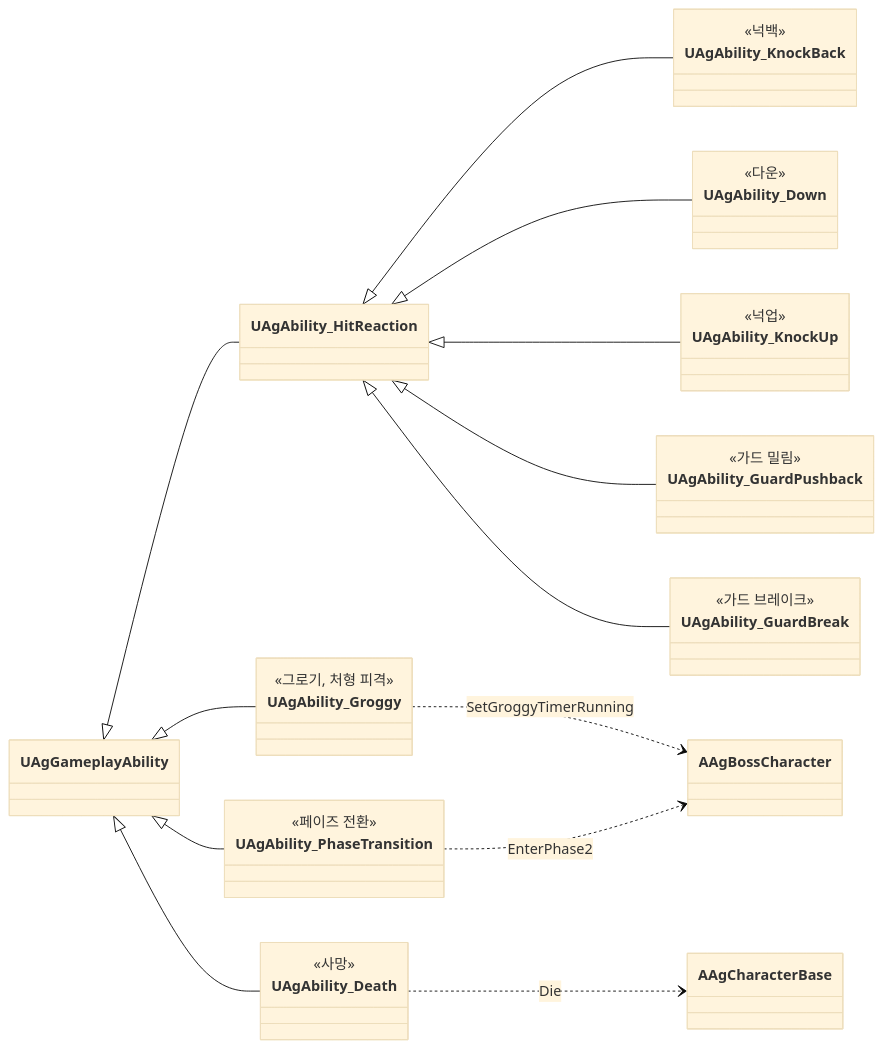
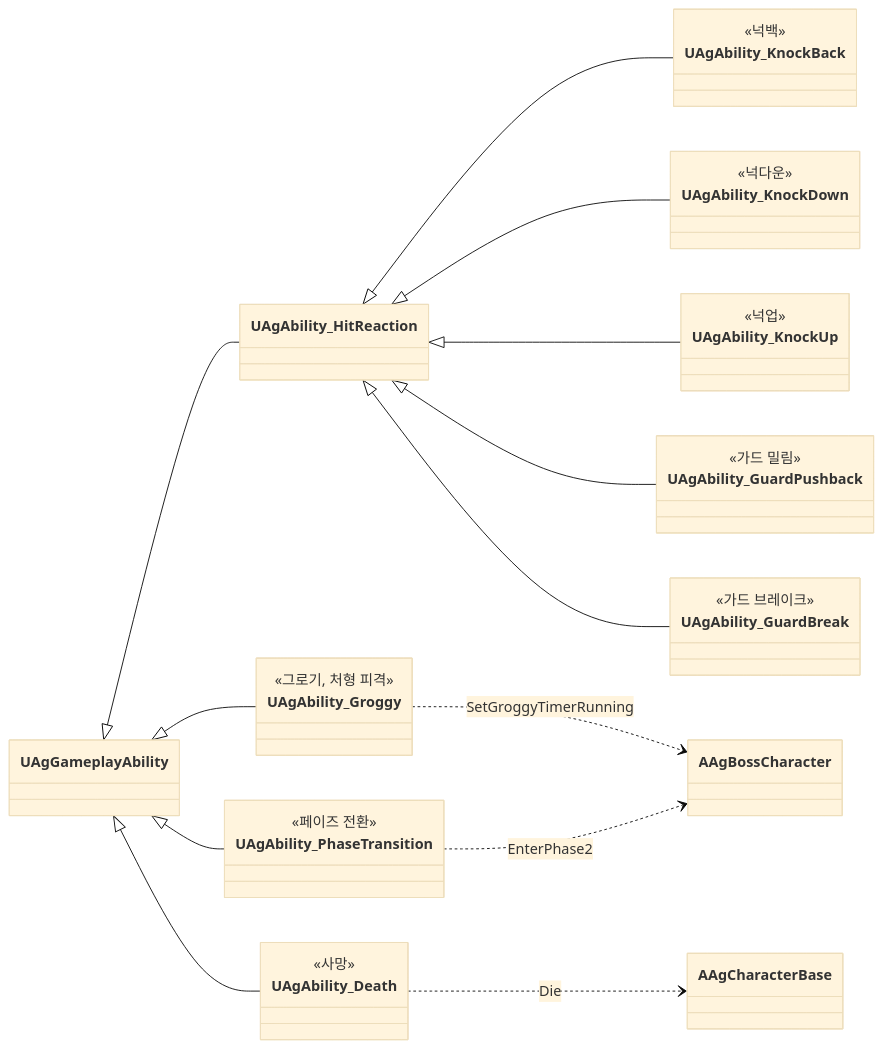
The fifth of 19 diagrams in Docs/Program/클래스 구조도.md (Woogl/Ag), drawn with Mermaid (base theme) before and after one commit. The commit also changed other lines of this file and 36 other files, not shown here.

First line of the commit message:
구현: 피격 반응 '다운'을 '넉다운'(KnockDown)으로, 섬광 영문 표기를 Telegraph로 (용어집, 전투 시스템, 플레이어 사양, 플레이어 입력, 보스 사양, 카메라, 구현 계획서, 데이터 위치표, 클래스 구조도)

````diff
--- a/Docs/Program/클래스 구조도.md
+++ b/Docs/Program/클래스 구조도.md
@@ -187,41 +187,41 @@
 ```mermaid
 classDiagram
     direction LR
     class UAgAbility_KnockBack {
         <<넉백>>
     }
-    class UAgAbility_Down {
-        <<다운>>
+    class UAgAbility_KnockDown {
+        <<넉다운>>
     }
     class UAgAbility_KnockUp {
         <<넉업>>
     }
     class UAgAbility_GuardPushback {
         <<가드 밀림>>
     }
     class UAgAbility_GuardBreak {
         <<가드 브레이크>>
     }
     class UAgAbility_Groggy {
         <<그로기, 처형 피격>>
     }
     class UAgAbility_PhaseTransition {
         <<페이즈 전환>>
     }
     class UAgAbility_Death {
         <<사망>>
     }
     UAgGameplayAbility <|-- UAgAbility_HitReaction
     UAgAbility_HitReaction <|-- UAgAbility_KnockBack
-    UAgAbility_HitReaction <|-- UAgAbility_Down
+    UAgAbility_HitReaction <|-- UAgAbility_KnockDown
     UAgAbility_HitReaction <|-- UAgAbility_KnockUp
     UAgAbility_HitReaction <|-- UAgAbility_GuardPushback
     UAgAbility_HitReaction <|-- UAgAbility_GuardBreak
     UAgGameplayAbility <|-- UAgAbility_Groggy
     UAgGameplayAbility <|-- UAgAbility_PhaseTransition
     UAgGameplayAbility <|-- UAgAbility_Death
 
     UAgAbility_Groggy ..> AAgBossCharacter : SetGroggyTimerRunning
     UAgAbility_PhaseTransition ..> AAgBossCharacter : EnterPhase2
     UAgAbility_Death ..> AAgCharacterBase : Die
 ```
````
